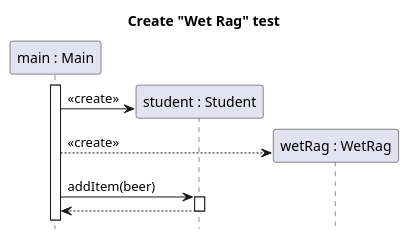
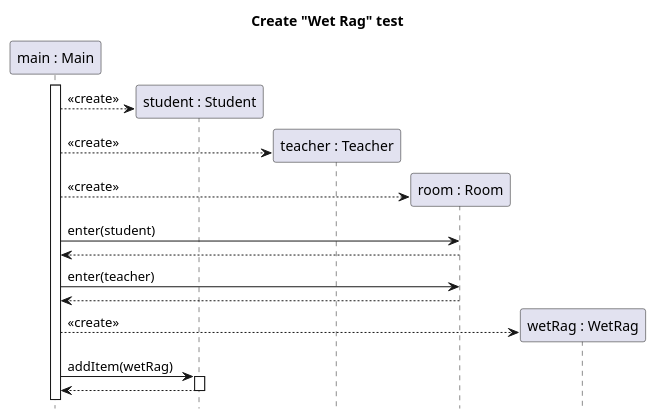
The diagram in docs/diagrams/test-create-sequence/student_use_rag_create.puml (sn4k3ch4rm3r/logarlec), drawn with PlantUML before and after one commit. The commit also changed 9 other files, not shown here.

Commit message:
Modified sequence diagrams

```diff
--- a/docs/diagrams/test-create-sequence/student_use_rag_create.puml
+++ b/docs/diagrams/test-create-sequence/student_use_rag_create.puml
@@ -1,17 +1,28 @@
 @startuml item-beer-use-create
 title Create "Wet Rag" test
 hide footbox
 
 participant "main : Main" as main
 participant "student : Student" as student
+participant "teacher : Teacher" as teacher
+participant "room : Room" as room
 participant "wetRag : WetRag" as rag
 
 main++
 create student
-main -> student : <<create>>
+main --> student : <<create>>
+create teacher
+main --> teacher : <<create>>
+create room
+main --> room : <<create>>
+main -> room : enter(student)
+return
+main -> room : enter(teacher)
+return
 create rag
 main --> rag : <<create>>
-main -> student ++ : addItem(beer)
+main -> student ++ : addItem(wetRag)
 return
 
+
 @enduml
```
